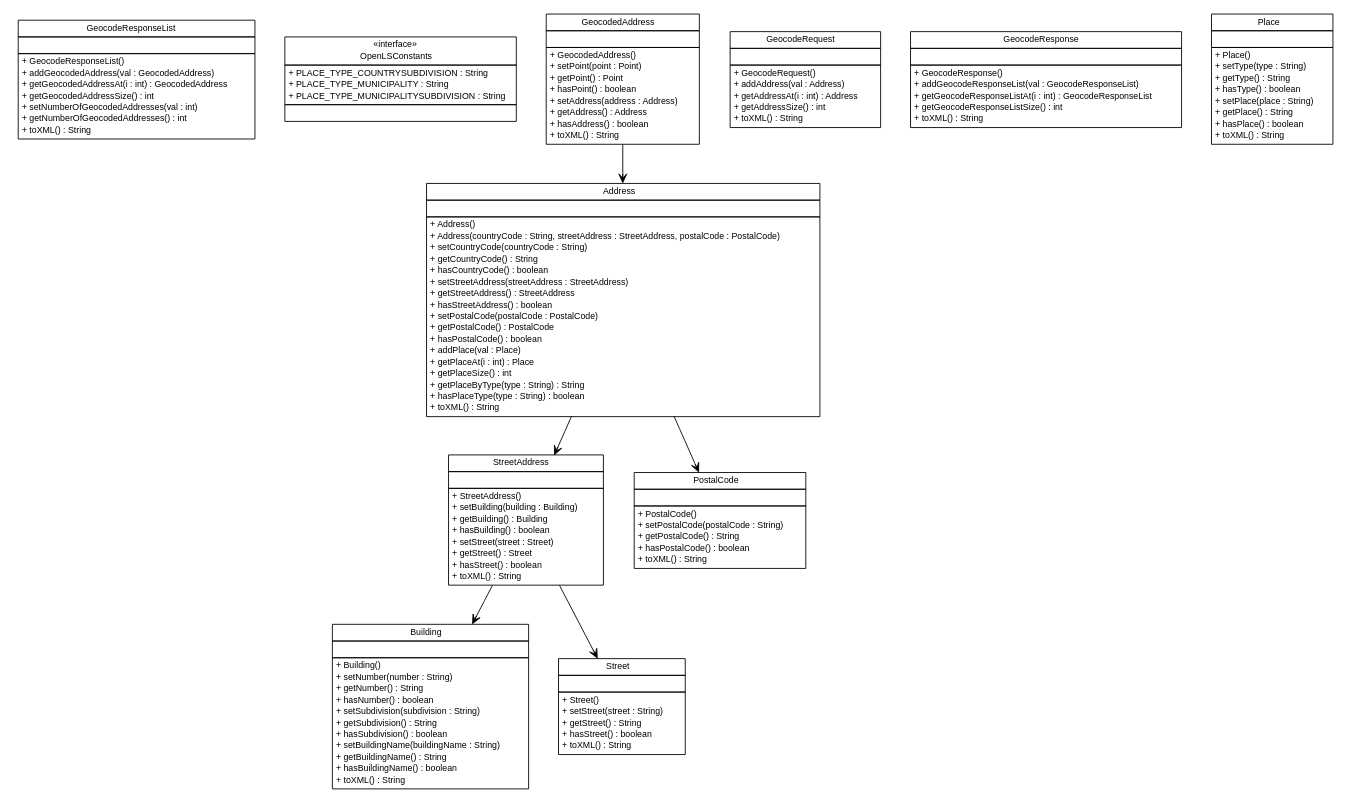
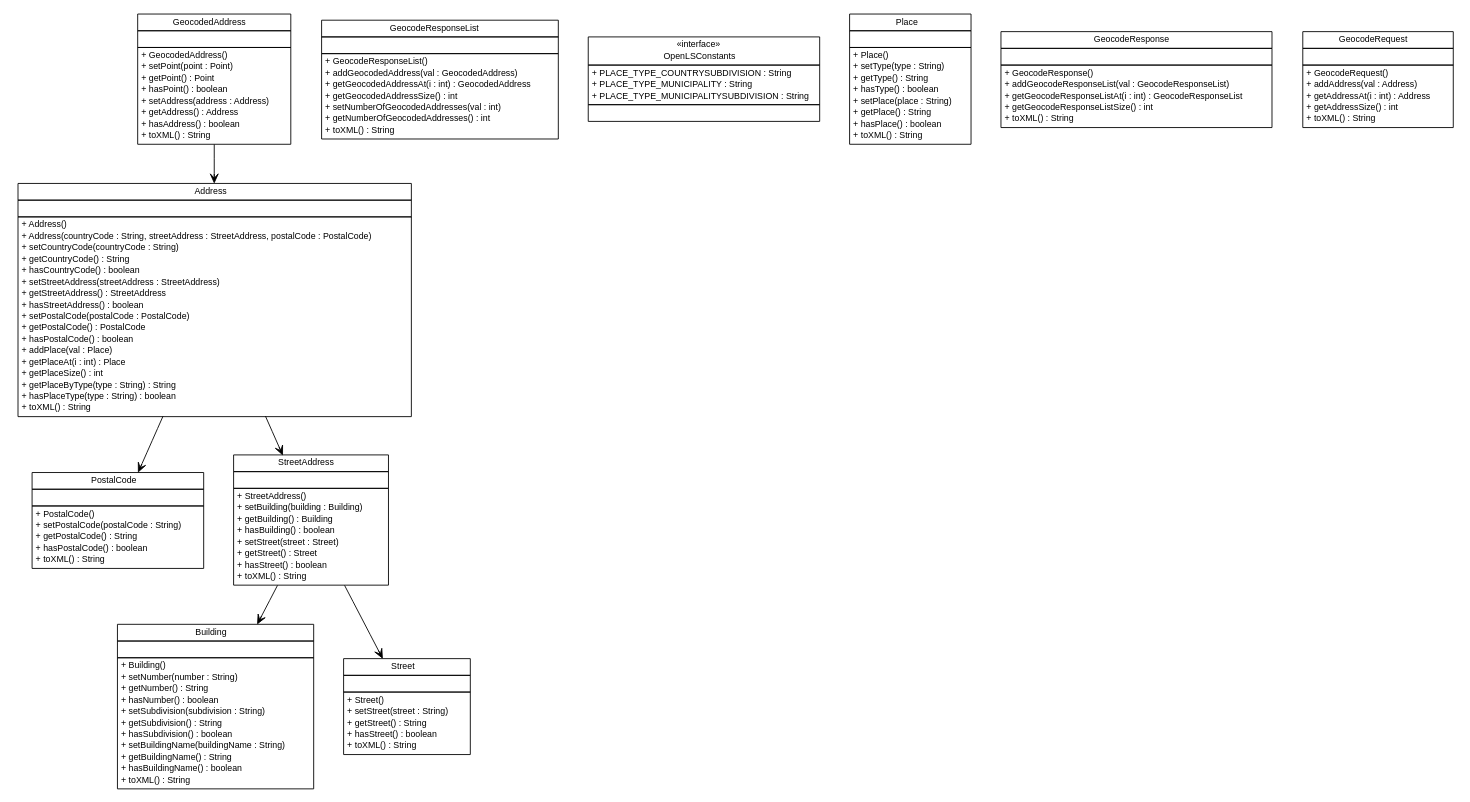
One commit to geozet/openls-databinding changed the diagram in apidocs/nl/geozet/openls/databinding/openls/nl.geozet.openls.databinding.openls.dot. Above: the diagram before and after it, drawn with Graphviz. The commit also changed 258 other files, not shown here.

```diff
--- a/apidocs/nl/geozet/openls/databinding/openls/nl.geozet.openls.databinding.openls.dot
+++ b/apidocs/nl/geozet/openls/databinding/openls/nl.geozet.openls.databinding.openls.dot
@@ -9,41 +9,8 @@
 	node [fontname="Helvetica",fontsize=10,shape=plaintext];
 	nodesep=0.25;
 	ranksep=0.5;
-	// nl.geozet.openls.databinding.openls.GeocodeResponseList
-	c57 [label=<<table title="nl.geozet.openls.databinding.openls.GeocodeResponseList" border="0" cellborder="1" cellspacing="0" cellpadding="2" port="p" href="./GeocodeResponseList.html">
-		<tr><td><table border="0" cellspacing="0" cellpadding="1">
-<tr><td align="center" balign="center"> GeocodeResponseList </td></tr>
-		</table></td></tr>
-		<tr><td><table border="0" cellspacing="0" cellpadding="1">
-<tr><td align="left" balign="left">  </td></tr>
-		</table></td></tr>
-		<tr><td><table border="0" cellspacing="0" cellpadding="1">
-<tr><td align="left" balign="left"> + GeocodeResponseList() </td></tr>
-<tr><td align="left" balign="left"> + addGeocodedAddress(val : GeocodedAddress) </td></tr>
-<tr><td align="left" balign="left"> + getGeocodedAddressAt(i : int) : GeocodedAddress </td></tr>
-<tr><td align="left" balign="left"> + getGeocodedAddressSize() : int </td></tr>
-<tr><td align="left" balign="left"> + setNumberOfGeocodedAddresses(val : int) </td></tr>
-<tr><td align="left" balign="left"> + getNumberOfGeocodedAddresses() : int </td></tr>
-<tr><td align="left" balign="left"> + toXML() : String </td></tr>
-		</table></td></tr>
-		</table>>, URL="./GeocodeResponseList.html", fontname="Helvetica", fontcolor="black", fontsize=10.0];
-	// nl.geozet.openls.databinding.openls.OpenLSConstants
-	c58 [label=<<table title="nl.geozet.openls.databinding.openls.OpenLSConstants" border="0" cellborder="1" cellspacing="0" cellpadding="2" port="p" href="./OpenLSConstants.html">
-		<tr><td><table border="0" cellspacing="0" cellpadding="1">
-<tr><td align="center" balign="center"> &#171;interface&#187; </td></tr>
-<tr><td align="center" balign="center"> OpenLSConstants </td></tr>
-		</table></td></tr>
-		<tr><td><table border="0" cellspacing="0" cellpadding="1">
-<tr><td align="left" balign="left"> + PLACE_TYPE_COUNTRYSUBDIVISION : String </td></tr>
-<tr><td align="left" balign="left"> + PLACE_TYPE_MUNICIPALITY : String </td></tr>
-<tr><td align="left" balign="left"> + PLACE_TYPE_MUNICIPALITYSUBDIVISION : String </td></tr>
-		</table></td></tr>
-		<tr><td><table border="0" cellspacing="0" cellpadding="1">
-<tr><td align="left" balign="left">  </td></tr>
-		</table></td></tr>
-		</table>>, URL="./OpenLSConstants.html", fontname="Helvetica", fontcolor="black", fontsize=10.0];
 	// nl.geozet.openls.databinding.openls.Building
-	c59 [label=<<table title="nl.geozet.openls.databinding.openls.Building" border="0" cellborder="1" cellspacing="0" cellpadding="2" port="p" href="./Building.html">
+	c19 [label=<<table title="nl.geozet.openls.databinding.openls.Building" border="0" cellborder="1" cellspacing="0" cellpadding="2" port="p" href="./Building.html">
 		<tr><td><table border="0" cellspacing="0" cellpadding="1">
 <tr><td align="center" balign="center"> Building </td></tr>
 		</table></td></tr>
@@ -64,8 +31,92 @@
 <tr><td align="left" balign="left"> + toXML() : String </td></tr>
 		</table></td></tr>
 		</table>>, URL="./Building.html", fontname="Helvetica", fontcolor="black", fontsize=10.0];
+	// nl.geozet.openls.databinding.openls.GeocodedAddress
+	c20 [label=<<table title="nl.geozet.openls.databinding.openls.GeocodedAddress" border="0" cellborder="1" cellspacing="0" cellpadding="2" port="p" href="./GeocodedAddress.html">
+		<tr><td><table border="0" cellspacing="0" cellpadding="1">
+<tr><td align="center" balign="center"> GeocodedAddress </td></tr>
+		</table></td></tr>
+		<tr><td><table border="0" cellspacing="0" cellpadding="1">
+<tr><td align="left" balign="left">  </td></tr>
+		</table></td></tr>
+		<tr><td><table border="0" cellspacing="0" cellpadding="1">
+<tr><td align="left" balign="left"> + GeocodedAddress() </td></tr>
+<tr><td align="left" balign="left"> + setPoint(point : Point) </td></tr>
+<tr><td align="left" balign="left"> + getPoint() : Point </td></tr>
+<tr><td align="left" balign="left"> + hasPoint() : boolean </td></tr>
+<tr><td align="left" balign="left"> + setAddress(address : Address) </td></tr>
+<tr><td align="left" balign="left"> + getAddress() : Address </td></tr>
+<tr><td align="left" balign="left"> + hasAddress() : boolean </td></tr>
+<tr><td align="left" balign="left"> + toXML() : String </td></tr>
+		</table></td></tr>
+		</table>>, URL="./GeocodedAddress.html", fontname="Helvetica", fontcolor="black", fontsize=10.0];
+	// nl.geozet.openls.databinding.openls.GeocodeResponseList
+	c21 [label=<<table title="nl.geozet.openls.databinding.openls.GeocodeResponseList" border="0" cellborder="1" cellspacing="0" cellpadding="2" port="p" href="./GeocodeResponseList.html">
+		<tr><td><table border="0" cellspacing="0" cellpadding="1">
+<tr><td align="center" balign="center"> GeocodeResponseList </td></tr>
+		</table></td></tr>
+		<tr><td><table border="0" cellspacing="0" cellpadding="1">
+<tr><td align="left" balign="left">  </td></tr>
+		</table></td></tr>
+		<tr><td><table border="0" cellspacing="0" cellpadding="1">
+<tr><td align="left" balign="left"> + GeocodeResponseList() </td></tr>
+<tr><td align="left" balign="left"> + addGeocodedAddress(val : GeocodedAddress) </td></tr>
+<tr><td align="left" balign="left"> + getGeocodedAddressAt(i : int) : GeocodedAddress </td></tr>
+<tr><td align="left" balign="left"> + getGeocodedAddressSize() : int </td></tr>
+<tr><td align="left" balign="left"> + setNumberOfGeocodedAddresses(val : int) </td></tr>
+<tr><td align="left" balign="left"> + getNumberOfGeocodedAddresses() : int </td></tr>
+<tr><td align="left" balign="left"> + toXML() : String </td></tr>
+		</table></td></tr>
+		</table>>, URL="./GeocodeResponseList.html", fontname="Helvetica", fontcolor="black", fontsize=10.0];
+	// nl.geozet.openls.databinding.openls.Street
+	c22 [label=<<table title="nl.geozet.openls.databinding.openls.Street" border="0" cellborder="1" cellspacing="0" cellpadding="2" port="p" href="./Street.html">
+		<tr><td><table border="0" cellspacing="0" cellpadding="1">
+<tr><td align="center" balign="center"> Street </td></tr>
+		</table></td></tr>
+		<tr><td><table border="0" cellspacing="0" cellpadding="1">
+<tr><td align="left" balign="left">  </td></tr>
+		</table></td></tr>
+		<tr><td><table border="0" cellspacing="0" cellpadding="1">
+<tr><td align="left" balign="left"> + Street() </td></tr>
+<tr><td align="left" balign="left"> + setStreet(street : String) </td></tr>
+<tr><td align="left" balign="left"> + getStreet() : String </td></tr>
+<tr><td align="left" balign="left"> + hasStreet() : boolean </td></tr>
+<tr><td align="left" balign="left"> + toXML() : String </td></tr>
+		</table></td></tr>
+		</table>>, URL="./Street.html", fontname="Helvetica", fontcolor="black", fontsize=10.0];
+	// nl.geozet.openls.databinding.openls.PostalCode
+	c23 [label=<<table title="nl.geozet.openls.databinding.openls.PostalCode" border="0" cellborder="1" cellspacing="0" cellpadding="2" port="p" href="./PostalCode.html">
+		<tr><td><table border="0" cellspacing="0" cellpadding="1">
+<tr><td align="center" balign="center"> PostalCode </td></tr>
+		</table></td></tr>
+		<tr><td><table border="0" cellspacing="0" cellpadding="1">
+<tr><td align="left" balign="left">  </td></tr>
+		</table></td></tr>
+		<tr><td><table border="0" cellspacing="0" cellpadding="1">
+<tr><td align="left" balign="left"> + PostalCode() </td></tr>
+<tr><td align="left" balign="left"> + setPostalCode(postalCode : String) </td></tr>
+<tr><td align="left" balign="left"> + getPostalCode() : String </td></tr>
+<tr><td align="left" balign="left"> + hasPostalCode() : boolean </td></tr>
+<tr><td align="left" balign="left"> + toXML() : String </td></tr>
+		</table></td></tr>
+		</table>>, URL="./PostalCode.html", fontname="Helvetica", fontcolor="black", fontsize=10.0];
+	// nl.geozet.openls.databinding.openls.OpenLSConstants
+	c24 [label=<<table title="nl.geozet.openls.databinding.openls.OpenLSConstants" border="0" cellborder="1" cellspacing="0" cellpadding="2" port="p" href="./OpenLSConstants.html">
+		<tr><td><table border="0" cellspacing="0" cellpadding="1">
+<tr><td align="center" balign="center"> &#171;interface&#187; </td></tr>
+<tr><td align="center" balign="center"> OpenLSConstants </td></tr>
+		</table></td></tr>
+		<tr><td><table border="0" cellspacing="0" cellpadding="1">
+<tr><td align="left" balign="left"> + PLACE_TYPE_COUNTRYSUBDIVISION : String </td></tr>
+<tr><td align="left" balign="left"> + PLACE_TYPE_MUNICIPALITY : String </td></tr>
+<tr><td align="left" balign="left"> + PLACE_TYPE_MUNICIPALITYSUBDIVISION : String </td></tr>
+		</table></td></tr>
+		<tr><td><table border="0" cellspacing="0" cellpadding="1">
+<tr><td align="left" balign="left">  </td></tr>
+		</table></td></tr>
+		</table>>, URL="./OpenLSConstants.html", fontname="Helvetica", fontcolor="black", fontsize=10.0];
 	// nl.geozet.openls.databinding.openls.StreetAddress
-	c60 [label=<<table title="nl.geozet.openls.databinding.openls.StreetAddress" border="0" cellborder="1" cellspacing="0" cellpadding="2" port="p" href="./StreetAddress.html">
+	c25 [label=<<table title="nl.geozet.openls.databinding.openls.StreetAddress" border="0" cellborder="1" cellspacing="0" cellpadding="2" port="p" href="./StreetAddress.html">
 		<tr><td><table border="0" cellspacing="0" cellpadding="1">
 <tr><td align="center" balign="center"> StreetAddress </td></tr>
 		</table></td></tr>
@@ -83,56 +134,8 @@
 <tr><td align="left" balign="left"> + toXML() : String </td></tr>
 		</table></td></tr>
 		</table>>, URL="./StreetAddress.html", fontname="Helvetica", fontcolor="black", fontsize=10.0];
-	// nl.geozet.openls.databinding.openls.PostalCode
-	c61 [label=<<table title="nl.geozet.openls.databinding.openls.PostalCode" border="0" cellborder="1" cellspacing="0" cellpadding="2" port="p" href="./PostalCode.html">
-		<tr><td><table border="0" cellspacing="0" cellpadding="1">
-<tr><td align="center" balign="center"> PostalCode </td></tr>
-		</table></td></tr>
-		<tr><td><table border="0" cellspacing="0" cellpadding="1">
-<tr><td align="left" balign="left">  </td></tr>
-		</table></td></tr>
-		<tr><td><table border="0" cellspacing="0" cellpadding="1">
-<tr><td align="left" balign="left"> + PostalCode() </td></tr>
-<tr><td align="left" balign="left"> + setPostalCode(postalCode : String) </td></tr>
-<tr><td align="left" balign="left"> + getPostalCode() : String </td></tr>
-<tr><td align="left" balign="left"> + hasPostalCode() : boolean </td></tr>
-<tr><td align="left" balign="left"> + toXML() : String </td></tr>
-		</table></td></tr>
-		</table>>, URL="./PostalCode.html", fontname="Helvetica", fontcolor="black", fontsize=10.0];
-	// nl.geozet.openls.databinding.openls.GeocodeRequest
-	c62 [label=<<table title="nl.geozet.openls.databinding.openls.GeocodeRequest" border="0" cellborder="1" cellspacing="0" cellpadding="2" port="p" href="./GeocodeRequest.html">
-		<tr><td><table border="0" cellspacing="0" cellpadding="1">
-<tr><td align="center" balign="center"> GeocodeRequest </td></tr>
-		</table></td></tr>
-		<tr><td><table border="0" cellspacing="0" cellpadding="1">
-<tr><td align="left" balign="left">  </td></tr>
-		</table></td></tr>
-		<tr><td><table border="0" cellspacing="0" cellpadding="1">
-<tr><td align="left" balign="left"> + GeocodeRequest() </td></tr>
-<tr><td align="left" balign="left"> + addAddress(val : Address) </td></tr>
-<tr><td align="left" balign="left"> + getAddressAt(i : int) : Address </td></tr>
-<tr><td align="left" balign="left"> + getAddressSize() : int </td></tr>
-<tr><td align="left" balign="left"> + toXML() : String </td></tr>
-		</table></td></tr>
-		</table>>, URL="./GeocodeRequest.html", fontname="Helvetica", fontcolor="black", fontsize=10.0];
-	// nl.geozet.openls.databinding.openls.GeocodeResponse
-	c63 [label=<<table title="nl.geozet.openls.databinding.openls.GeocodeResponse" border="0" cellborder="1" cellspacing="0" cellpadding="2" port="p" href="./GeocodeResponse.html">
-		<tr><td><table border="0" cellspacing="0" cellpadding="1">
-<tr><td align="center" balign="center"> GeocodeResponse </td></tr>
-		</table></td></tr>
-		<tr><td><table border="0" cellspacing="0" cellpadding="1">
-<tr><td align="left" balign="left">  </td></tr>
-		</table></td></tr>
-		<tr><td><table border="0" cellspacing="0" cellpadding="1">
-<tr><td align="left" balign="left"> + GeocodeResponse() </td></tr>
-<tr><td align="left" balign="left"> + addGeocodeResponseList(val : GeocodeResponseList) </td></tr>
-<tr><td align="left" balign="left"> + getGeocodeResponseListAt(i : int) : GeocodeResponseList </td></tr>
-<tr><td align="left" balign="left"> + getGeocodeResponseListSize() : int </td></tr>
-<tr><td align="left" balign="left"> + toXML() : String </td></tr>
-		</table></td></tr>
-		</table>>, URL="./GeocodeResponse.html", fontname="Helvetica", fontcolor="black", fontsize=10.0];
 	// nl.geozet.openls.databinding.openls.Address
-	c64 [label=<<table title="nl.geozet.openls.databinding.openls.Address" border="0" cellborder="1" cellspacing="0" cellpadding="2" port="p" href="./Address.html">
+	c26 [label=<<table title="nl.geozet.openls.databinding.openls.Address" border="0" cellborder="1" cellspacing="0" cellpadding="2" port="p" href="./Address.html">
 		<tr><td><table border="0" cellspacing="0" cellpadding="1">
 <tr><td align="center" balign="center"> Address </td></tr>
 		</table></td></tr>
@@ -159,27 +162,8 @@
 <tr><td align="left" balign="left"> + toXML() : String </td></tr>
 		</table></td></tr>
 		</table>>, URL="./Address.html", fontname="Helvetica", fontcolor="black", fontsize=10.0];
-	// nl.geozet.openls.databinding.openls.GeocodedAddress
-	c65 [label=<<table title="nl.geozet.openls.databinding.openls.GeocodedAddress" border="0" cellborder="1" cellspacing="0" cellpadding="2" port="p" href="./GeocodedAddress.html">
-		<tr><td><table border="0" cellspacing="0" cellpadding="1">
-<tr><td align="center" balign="center"> GeocodedAddress </td></tr>
-		</table></td></tr>
-		<tr><td><table border="0" cellspacing="0" cellpadding="1">
-<tr><td align="left" balign="left">  </td></tr>
-		</table></td></tr>
-		<tr><td><table border="0" cellspacing="0" cellpadding="1">
-<tr><td align="left" balign="left"> + GeocodedAddress() </td></tr>
-<tr><td align="left" balign="left"> + setPoint(point : Point) </td></tr>
-<tr><td align="left" balign="left"> + getPoint() : Point </td></tr>
-<tr><td align="left" balign="left"> + hasPoint() : boolean </td></tr>
-<tr><td align="left" balign="left"> + setAddress(address : Address) </td></tr>
-<tr><td align="left" balign="left"> + getAddress() : Address </td></tr>
-<tr><td align="left" balign="left"> + hasAddress() : boolean </td></tr>
-<tr><td align="left" balign="left"> + toXML() : String </td></tr>
-		</table></td></tr>
-		</table>>, URL="./GeocodedAddress.html", fontname="Helvetica", fontcolor="black", fontsize=10.0];
 	// nl.geozet.openls.databinding.openls.Place
-	c66 [label=<<table title="nl.geozet.openls.databinding.openls.Place" border="0" cellborder="1" cellspacing="0" cellpadding="2" port="p" href="./Place.html">
+	c27 [label=<<table title="nl.geozet.openls.databinding.openls.Place" border="0" cellborder="1" cellspacing="0" cellpadding="2" port="p" href="./Place.html">
 		<tr><td><table border="0" cellspacing="0" cellpadding="1">
 <tr><td align="center" balign="center"> Place </td></tr>
 		</table></td></tr>
@@ -197,30 +181,46 @@
 <tr><td align="left" balign="left"> + toXML() : String </td></tr>
 		</table></td></tr>
 		</table>>, URL="./Place.html", fontname="Helvetica", fontcolor="black", fontsize=10.0];
-	// nl.geozet.openls.databinding.openls.Street
-	c67 [label=<<table title="nl.geozet.openls.databinding.openls.Street" border="0" cellborder="1" cellspacing="0" cellpadding="2" port="p" href="./Street.html">
+	// nl.geozet.openls.databinding.openls.GeocodeResponse
+	c28 [label=<<table title="nl.geozet.openls.databinding.openls.GeocodeResponse" border="0" cellborder="1" cellspacing="0" cellpadding="2" port="p" href="./GeocodeResponse.html">
 		<tr><td><table border="0" cellspacing="0" cellpadding="1">
-<tr><td align="center" balign="center"> Street </td></tr>
+<tr><td align="center" balign="center"> GeocodeResponse </td></tr>
 		</table></td></tr>
 		<tr><td><table border="0" cellspacing="0" cellpadding="1">
 <tr><td align="left" balign="left">  </td></tr>
 		</table></td></tr>
 		<tr><td><table border="0" cellspacing="0" cellpadding="1">
-<tr><td align="left" balign="left"> + Street() </td></tr>
-<tr><td align="left" balign="left"> + setStreet(street : String) </td></tr>
-<tr><td align="left" balign="left"> + getStreet() : String </td></tr>
-<tr><td align="left" balign="left"> + hasStreet() : boolean </td></tr>
+<tr><td align="left" balign="left"> + GeocodeResponse() </td></tr>
+<tr><td align="left" balign="left"> + addGeocodeResponseList(val : GeocodeResponseList) </td></tr>
+<tr><td align="left" balign="left"> + getGeocodeResponseListAt(i : int) : GeocodeResponseList </td></tr>
+<tr><td align="left" balign="left"> + getGeocodeResponseListSize() : int </td></tr>
 <tr><td align="left" balign="left"> + toXML() : String </td></tr>
 		</table></td></tr>
-		</table>>, URL="./Street.html", fontname="Helvetica", fontcolor="black", fontsize=10.0];
+		</table>>, URL="./GeocodeResponse.html", fontname="Helvetica", fontcolor="black", fontsize=10.0];
+	// nl.geozet.openls.databinding.openls.GeocodeRequest
+	c29 [label=<<table title="nl.geozet.openls.databinding.openls.GeocodeRequest" border="0" cellborder="1" cellspacing="0" cellpadding="2" port="p" href="./GeocodeRequest.html">
+		<tr><td><table border="0" cellspacing="0" cellpadding="1">
+<tr><td align="center" balign="center"> GeocodeRequest </td></tr>
+		</table></td></tr>
+		<tr><td><table border="0" cellspacing="0" cellpadding="1">
+<tr><td align="left" balign="left">  </td></tr>
+		</table></td></tr>
+		<tr><td><table border="0" cellspacing="0" cellpadding="1">
+<tr><td align="left" balign="left"> + GeocodeRequest() </td></tr>
+<tr><td align="left" balign="left"> + addAddress(val : Address) </td></tr>
+<tr><td align="left" balign="left"> + getAddressAt(i : int) : Address </td></tr>
+<tr><td align="left" balign="left"> + getAddressSize() : int </td></tr>
+<tr><td align="left" balign="left"> + toXML() : String </td></tr>
+		</table></td></tr>
+		</table>>, URL="./GeocodeRequest.html", fontname="Helvetica", fontcolor="black", fontsize=10.0];
+	// nl.geozet.openls.databinding.openls.GeocodedAddress NAVASSOC nl.geozet.openls.databinding.openls.Address
+	c20:p -> c26:p [taillabel="", label="", headlabel="", fontname="Helvetica", fontcolor="black", fontsize=10.0, color="black", arrowhead=open];
 	// nl.geozet.openls.databinding.openls.StreetAddress NAVASSOC nl.geozet.openls.databinding.openls.Building
-	c60:p -> c59:p [taillabel="", label="", headlabel="", fontname="Helvetica", fontcolor="black", fontsize=10.0, color="black", arrowhead=open];
+	c25:p -> c19:p [taillabel="", label="", headlabel="", fontname="Helvetica", fontcolor="black", fontsize=10.0, color="black", arrowhead=open];
 	// nl.geozet.openls.databinding.openls.StreetAddress NAVASSOC nl.geozet.openls.databinding.openls.Street
-	c60:p -> c67:p [taillabel="", label="", headlabel="", fontname="Helvetica", fontcolor="black", fontsize=10.0, color="black", arrowhead=open];
+	c25:p -> c22:p [taillabel="", label="", headlabel="", fontname="Helvetica", fontcolor="black", fontsize=10.0, color="black", arrowhead=open];
 	// nl.geozet.openls.databinding.openls.Address NAVASSOC nl.geozet.openls.databinding.openls.StreetAddress
-	c64:p -> c60:p [taillabel="", label="", headlabel="", fontname="Helvetica", fontcolor="black", fontsize=10.0, color="black", arrowhead=open];
+	c26:p -> c25:p [taillabel="", label="", headlabel="", fontname="Helvetica", fontcolor="black", fontsize=10.0, color="black", arrowhead=open];
 	// nl.geozet.openls.databinding.openls.Address NAVASSOC nl.geozet.openls.databinding.openls.PostalCode
-	c64:p -> c61:p [taillabel="", label="", headlabel="", fontname="Helvetica", fontcolor="black", fontsize=10.0, color="black", arrowhead=open];
-	// nl.geozet.openls.databinding.openls.GeocodedAddress NAVASSOC nl.geozet.openls.databinding.openls.Address
-	c65:p -> c64:p [taillabel="", label="", headlabel="", fontname="Helvetica", fontcolor="black", fontsize=10.0, color="black", arrowhead=open];
+	c26:p -> c23:p [taillabel="", label="", headlabel="", fontname="Helvetica", fontcolor="black", fontsize=10.0, color="black", arrowhead=open];
 }
```
